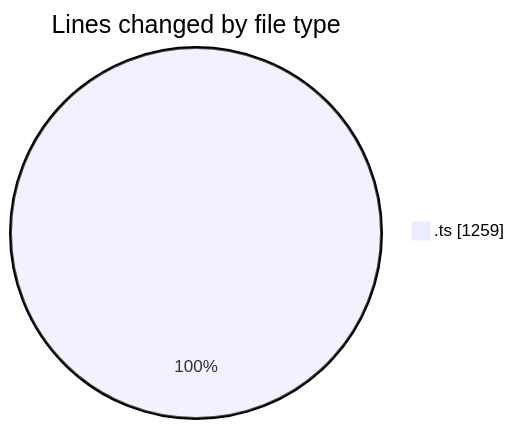
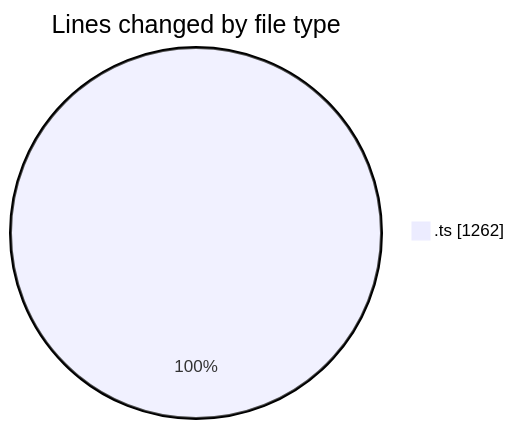
One commit to momahboobian/code-tracking changed the first of 2 diagrams in 2025-12-16/cda/README.md. Above: the diagram before and after it, drawn with Mermaid. The commit also changed other lines of this file and 1 other file, not shown here.

````diff
--- a/2025-12-16/cda/README.md
+++ b/2025-12-16/cda/README.md
@@ -21,5 +21,5 @@
 ```mermaid
 pie showData
 title Lines changed by file type
-".ts" : 1259
+".ts" : 1262
 ```
````
